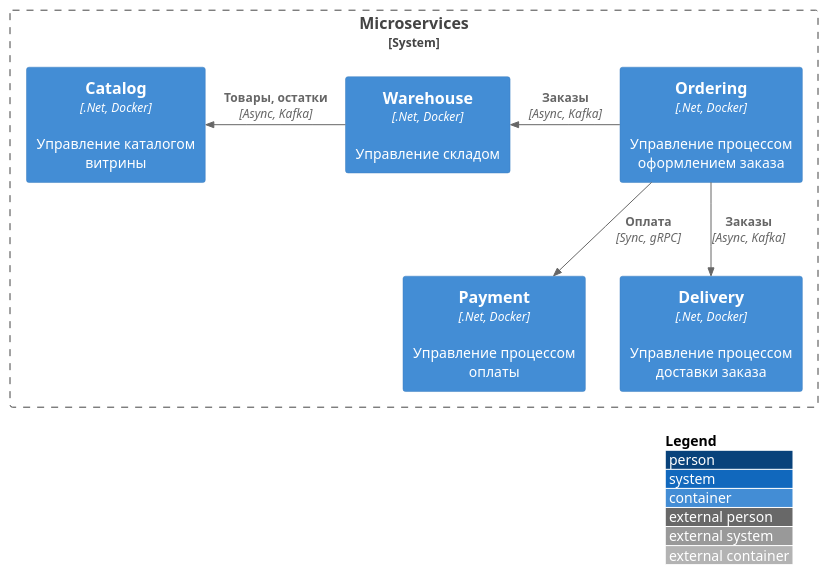
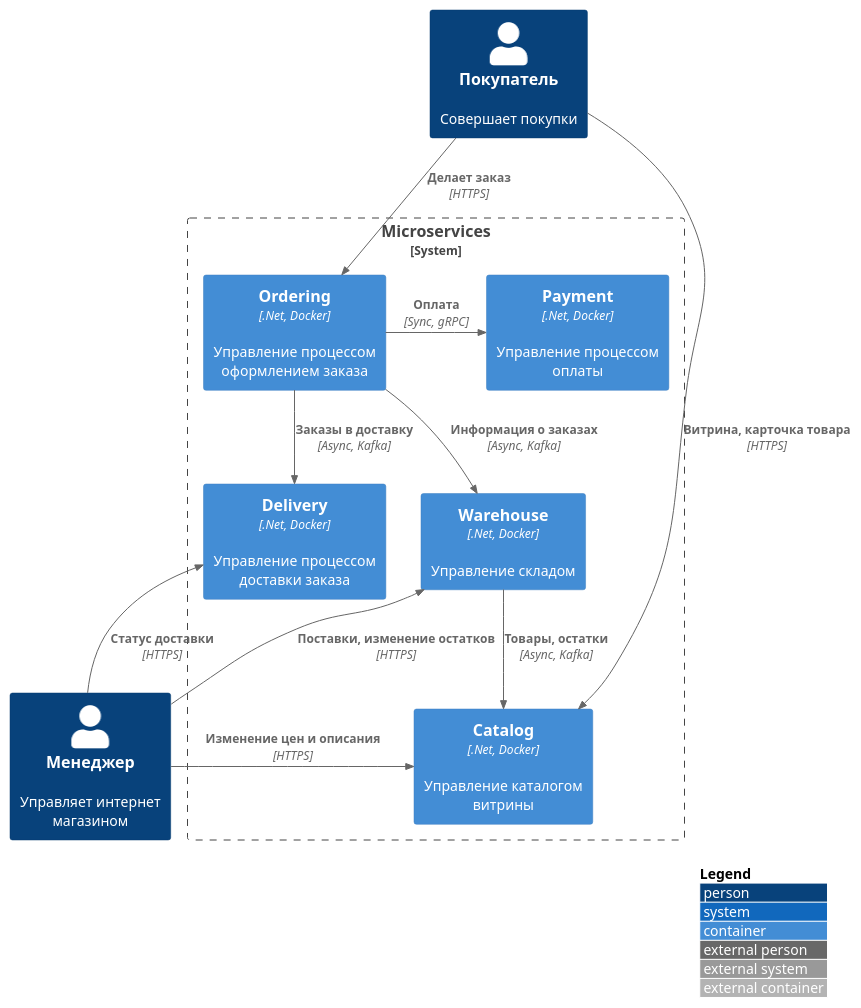
Before and after one commit to gerzhan/knigaexpert-system-design: the third of 4 diagrams in README.md, drawn with PlantUML. The commit also changed other lines of this file, not shown here.

````diff
--- a/README.md
+++ b/README.md
@@ -121,25 +102,32 @@
 ```plantuml
 !include https://raw.githubusercontent.com/plantuml-stdlib/C4-PlantUML/master/C4_Container.puml
 
 skinparam wrapWidth 200
 skinparam maxMessageSize 200
 
 LAYOUT_TOP_DOWN()
 LAYOUT_WITH_LEGEND()
 
+Person(customer, Покупатель, "Совершает покупки")
+Person(manager, Менеджер, "Управляет интернет магазином")
 System_Boundary(microservices, "Microservices") {
   Container(ordering, "Ordering", ".Net, Docker", "Управление процессом оформлением заказа")
-  
+  Rel(customer, ordering, "Делает заказ", "HTTPS")  
+
   Container(warehouse, "Warehouse", ".Net, Docker", "Управление складом")
-  Rel_L(ordering, warehouse, "Заказы", "Async, Kafka")
+  Rel(ordering, warehouse, "Информация о заказах", "Async, Kafka")
+  Rel(manager, warehouse, "Поставки, изменение остатков", "HTTPS")
 
   Container(catalog, "Catalog", ".Net, Docker", "Управление каталогом витрины")
-  Rel_L(warehouse, catalog, "Товары, остатки", "Async, Kafka")
+  Rel(warehouse, catalog, "Товары, остатки", "Async, Kafka")
+  Rel(customer, catalog, "Витрина, карточка товара", "HTTPS")
+  Rel_U(manager, catalog, "Изменение цен и описания", "HTTPS")
 
   Container(payment, "Payment", ".Net, Docker", "Управление процессом оплаты")
-  Rel(ordering, payment, "Оплата", "Sync, gRPC")
+  Rel_R(ordering, payment, "Оплата", "Sync, gRPC")
 
   Container(delivery, "Delivery", ".Net, Docker", "Управление процессом доставки заказа")
-  Rel(ordering, delivery, "Заказы", "Async, Kafka")
+  Rel(ordering, delivery, "Заказы в доставку", "Async, Kafka")
+  Rel_U(manager, delivery, "Статус доставки", "HTTPS")
 }
 ```
````
